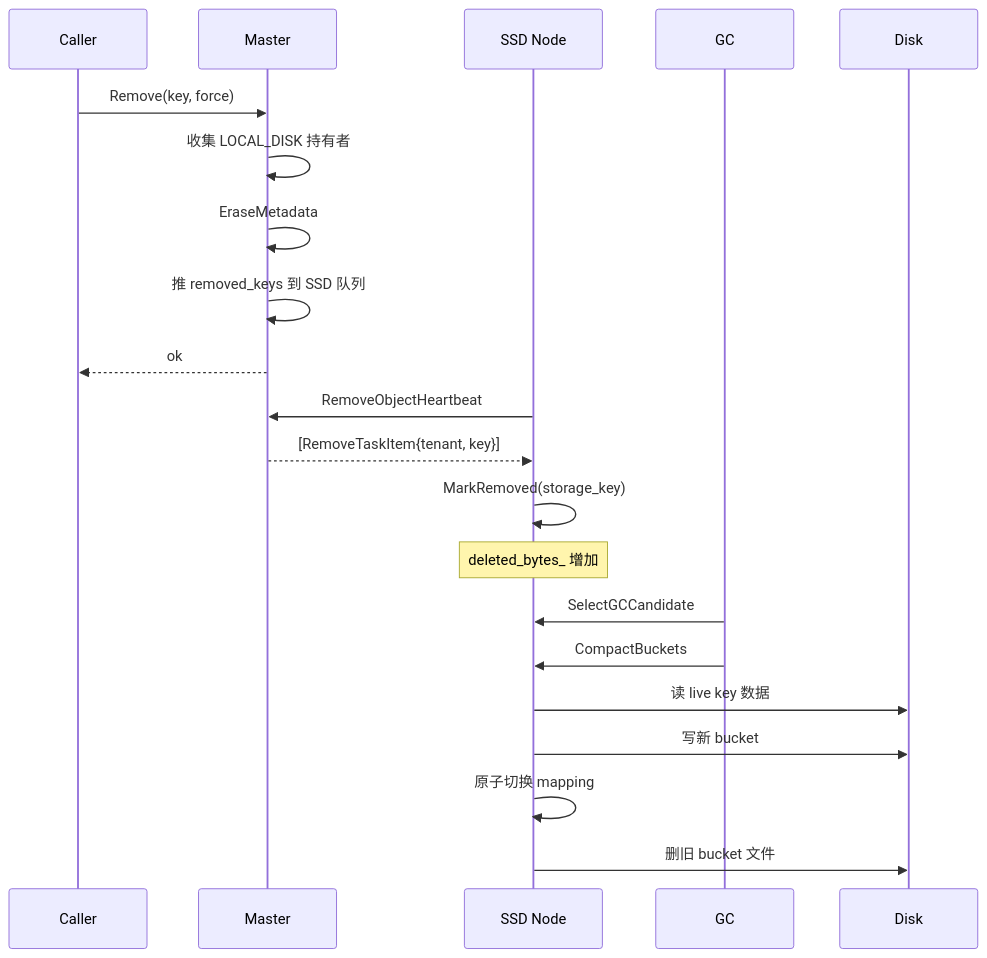
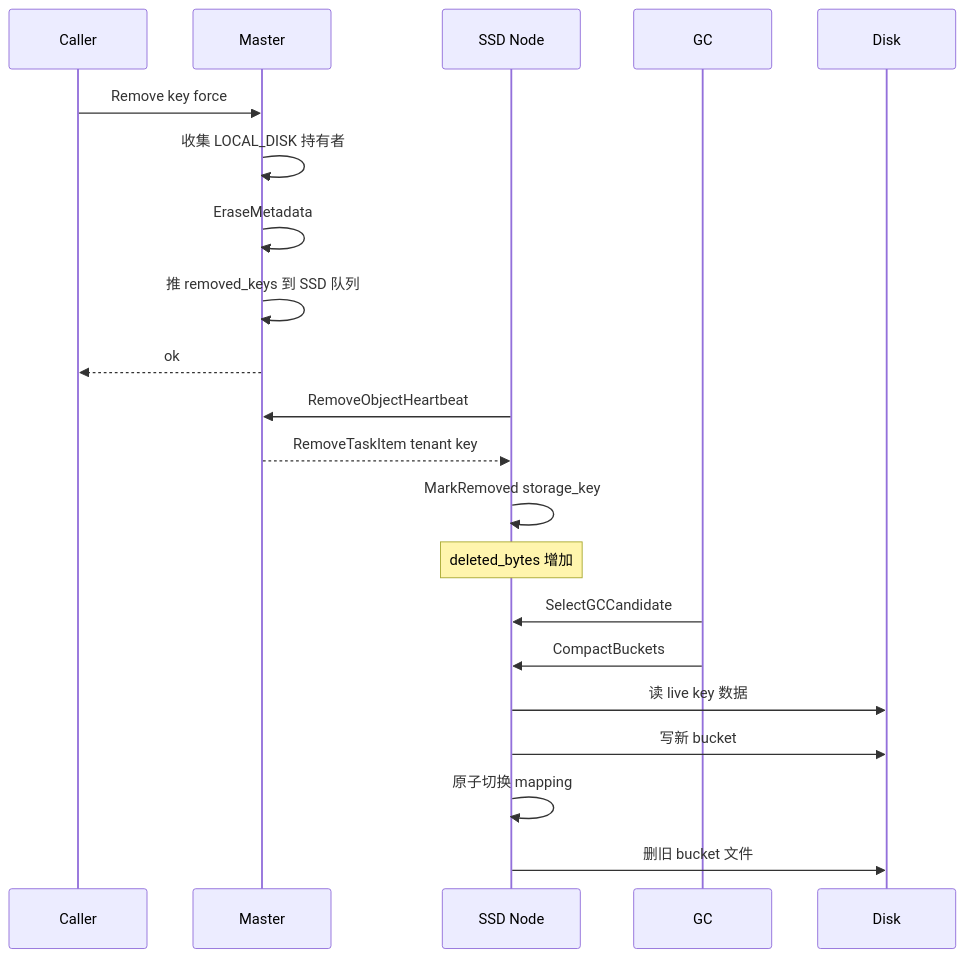
Before and after one commit to LinQuickDev/Mooncake: the first of 2 diagrams in docs/superpowers/specs/2026-06-25-ssd-explicit-delete-gc-design.md, drawn with Mermaid. The commit also changed other lines of this file, not shown here.

Commit message:
fix(docs): remove commas/brackets/semicolons from mermaid text

````diff
--- a/docs/superpowers/specs/2026-06-25-ssd-explicit-delete-gc-design.md
+++ b/docs/superpowers/specs/2026-06-25-ssd-explicit-delete-gc-design.md
@@ -170,26 +170,26 @@
 ```mermaid
 sequenceDiagram
     participant Caller
     participant Master
     participant SSD as SSD Node
     participant GC
     participant Disk
 
-    Caller->>Master: Remove(key, force)
+    Caller->>Master: Remove key force
     Master->>Master: 收集 LOCAL_DISK 持有者
     Master->>Master: EraseMetadata
     Master->>Master: 推 removed_keys 到 SSD 队列
     Master-->>Caller: ok
 
     SSD->>Master: RemoveObjectHeartbeat
-    Master-->>SSD: [RemoveTaskItem{tenant, key}]
-    SSD->>SSD: MarkRemoved(storage_key)
-    Note over SSD: deleted_bytes_ 增加
+    Master-->>SSD: RemoveTaskItem tenant key
+    SSD->>SSD: MarkRemoved storage_key
+    Note over SSD: deleted_bytes 增加
 
     GC->>SSD: SelectGCCandidate
     GC->>SSD: CompactBuckets
     SSD->>Disk: 读 live key 数据
     SSD->>Disk: 写新 bucket
     SSD->>SSD: 原子切换 mapping
     SSD->>Disk: 删旧 bucket 文件
 ```
````
